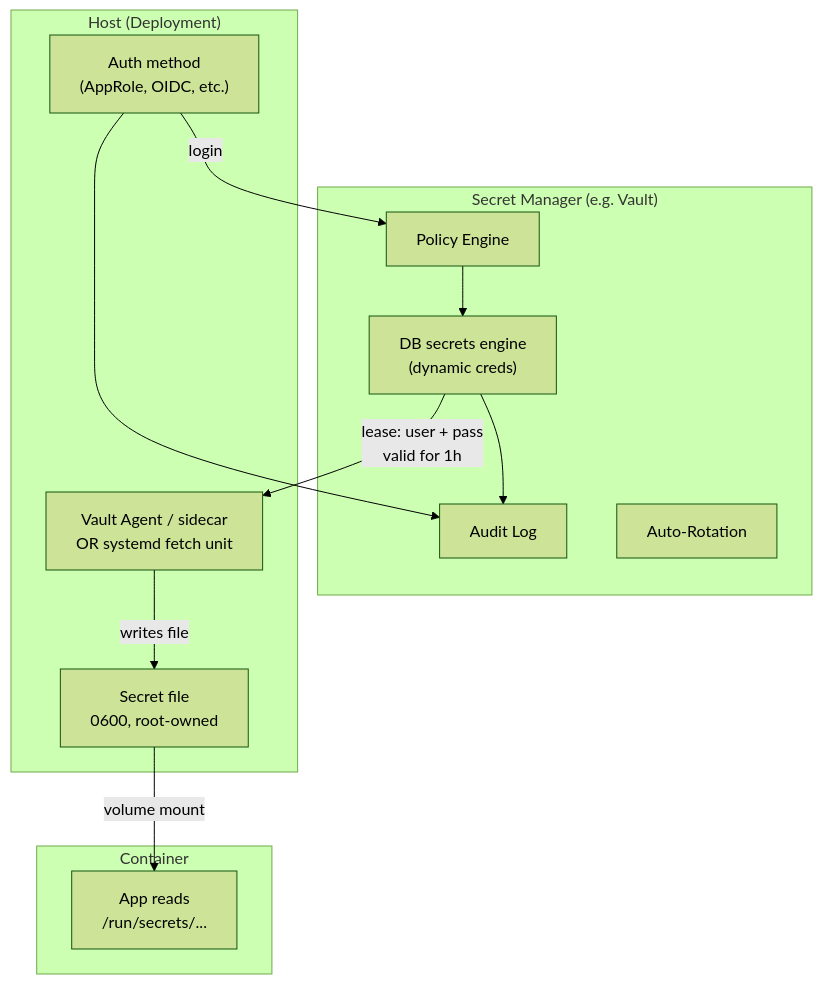
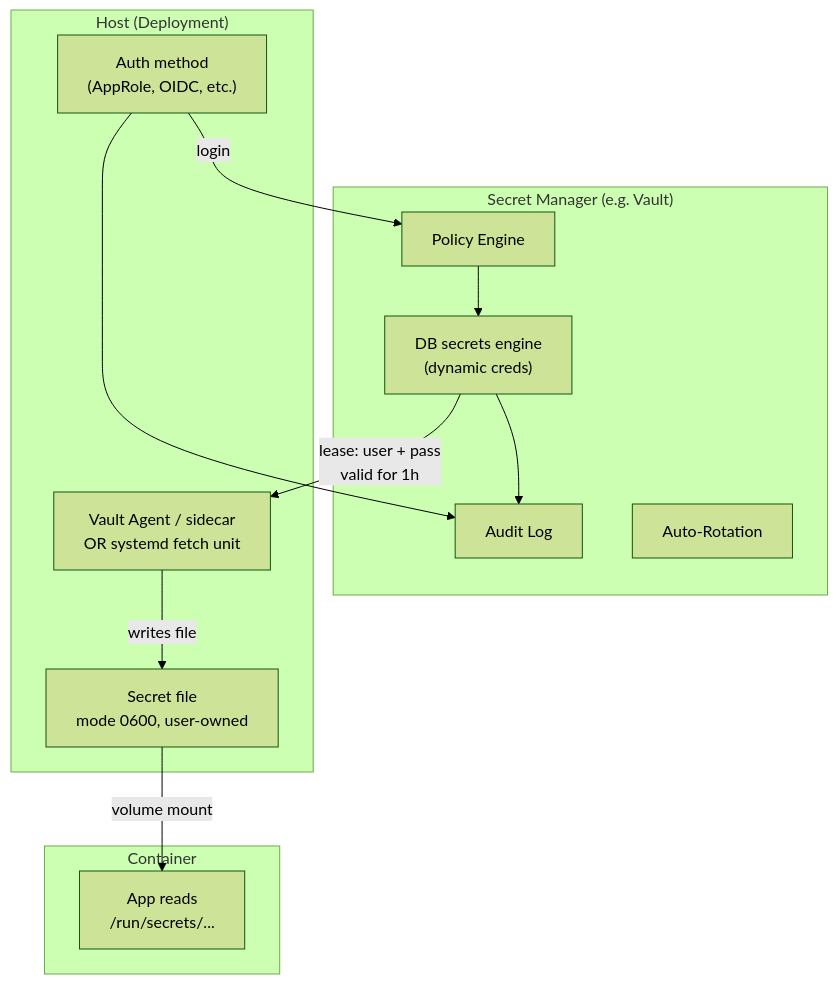
The fourth of 5 diagrams in modules/90-external-secrets-survey.md (UncleJS/course_podman), drawn with Mermaid (forest theme) before and after one commit. The commit also changed other lines of this file and 58 other files, not shown here.

````diff
--- a/modules/90-external-secrets-survey.md
+++ b/modules/90-external-secrets-survey.md
@@ -220,24 +225,24 @@
 ```mermaid
 flowchart TD
     subgraph "Secret Manager (e.g. Vault)"
         POL["Policy Engine"]
         AUD["Audit Log"]
         ROT["Auto-Rotation"]
         DB_ROLE["DB secrets engine<br/>(dynamic creds)"]
     end
     subgraph "Host (Deployment)"
         AUTH["Auth method<br/>(AppRole, OIDC, etc.)"]
         AGENT["Vault Agent / sidecar<br/>OR systemd fetch unit"]
-        FILE["Secret file<br/>0600, root-owned"]
+        FILE["Secret file<br/>mode 0600, user-owned"]
     end
     subgraph "Container"
         APP["App reads<br/>/run/secrets/..."]
     end
     AUTH -->|"login"| POL
     POL --> DB_ROLE
     DB_ROLE -->|"lease: user + pass<br/>valid for 1h"| AGENT
     AGENT -->|"writes file"| FILE
     FILE -->|"volume mount"| APP
     DB_ROLE --> AUD
     AUTH --> AUD
 ```
````
